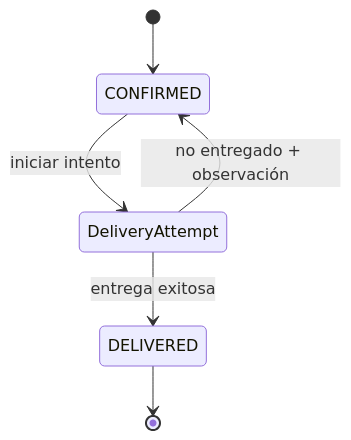
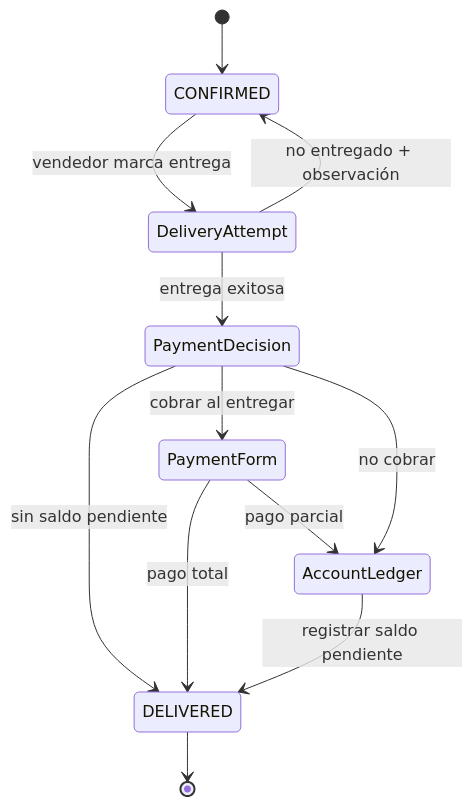
The tenth of 13 diagrams in docs/architecture/frontend-diagrams.md (Martinrc93/distribuidoraCore), drawn with Mermaid before and after one commit. The commit also changed other lines of this file and 149 other files, not shown here.

````diff
--- a/docs/architecture/frontend-diagrams.md
+++ b/docs/architecture/frontend-diagrams.md
@@ -370,8 +370,14 @@
 ```mermaid
 stateDiagram-v2
     [*] --> CONFIRMED
-    CONFIRMED --> DeliveryAttempt: iniciar intento
+    CONFIRMED --> DeliveryAttempt: vendedor marca entrega
     DeliveryAttempt --> CONFIRMED: no entregado + observación
-    DeliveryAttempt --> DELIVERED: entrega exitosa
+    DeliveryAttempt --> PaymentDecision: entrega exitosa
+    PaymentDecision --> DELIVERED: sin saldo pendiente
+    PaymentDecision --> PaymentForm: cobrar al entregar
+    PaymentForm --> DELIVERED: pago total
+    PaymentForm --> AccountLedger: pago parcial
+    PaymentDecision --> AccountLedger: no cobrar
+    AccountLedger --> DELIVERED: registrar saldo pendiente
     DELIVERED --> [*]
 ```
````
